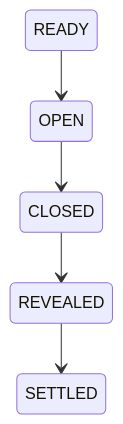
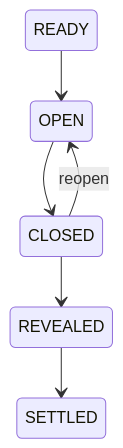
Before and after one commit to DaanHeijnen/Market-Mayhem: the third of 7 diagrams in docs/ARCHITECTURE.md, drawn with Mermaid. The commit also changed other lines of this file and 91 other files, not shown here.

````diff
--- a/docs/ARCHITECTURE.md
+++ b/docs/ARCHITECTURE.md
@@ -107,7 +181,8 @@
 ```mermaid
 stateDiagram-v2
   READY --> OPEN
   OPEN --> CLOSED
   CLOSED --> REVEALED
+  CLOSED --> OPEN : reopen
   REVEALED --> SETTLED
 ```
````
